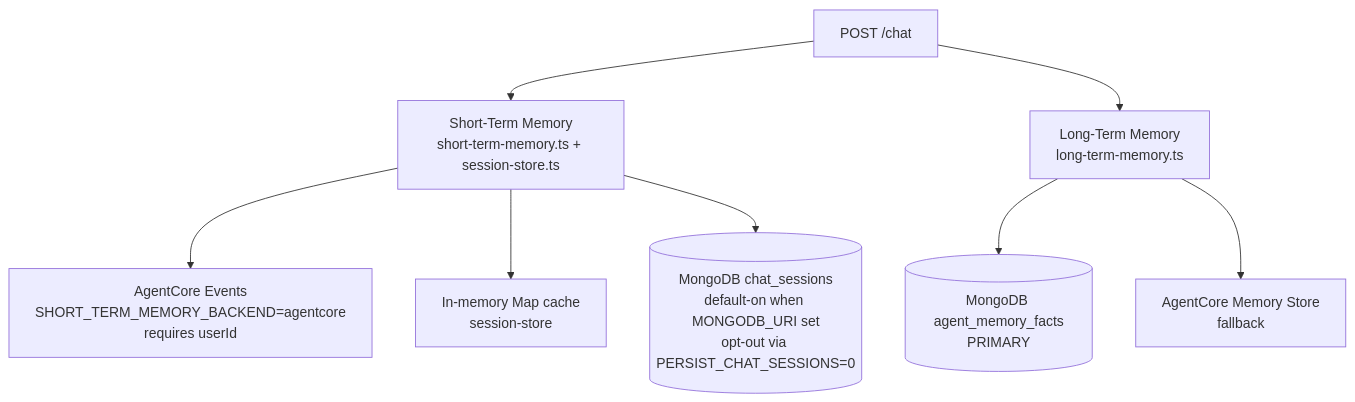
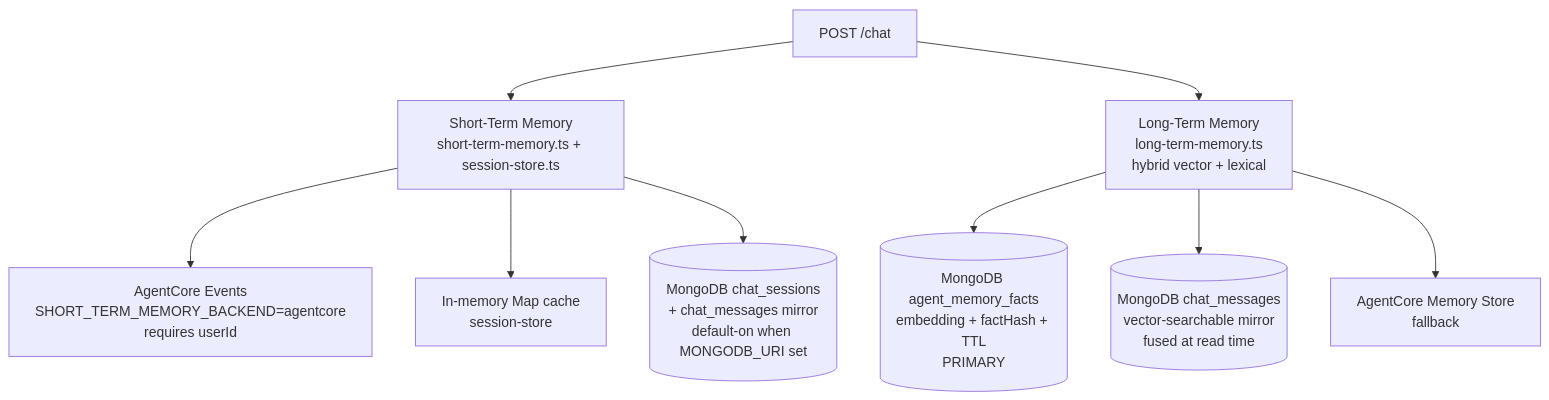
Before and after one commit to mongodb-partners/Multi-Agent-Architectural-Guidance-Bedrock-AgentCore: the diagram in docs/memory-architecture.md, drawn with Mermaid. The commit also changed other lines of this file and 102 other files, not shown here.

Commit message:
deploy-agent; long term memory using vector search; in chat, show citations for search results

````diff
--- a/docs/memory-architecture.md
+++ b/docs/memory-architecture.md
@@ -7,10 +7,11 @@
 ```mermaid
 flowchart TB
   REQ[POST /chat] --> ST[Short-Term Memory<br/>short-term-memory.ts + session-store.ts]
-  REQ --> LT[Long-Term Memory<br/>long-term-memory.ts]
+  REQ --> LT[Long-Term Memory<br/>long-term-memory.ts<br/>hybrid vector + lexical]
   ST --> STAC[AgentCore Events<br/>SHORT_TERM_MEMORY_BACKEND=agentcore<br/>requires userId]
   ST --> STM[In-memory Map cache<br/>session-store]
-  ST --> STMG[(MongoDB chat_sessions<br/>default-on when MONGODB_URI set<br/>opt-out via PERSIST_CHAT_SESSIONS=0)]
-  LT --> LTMG[(MongoDB agent_memory_facts<br/>PRIMARY)]
+  ST --> STMG[("MongoDB chat_sessions<br/>+ chat_messages mirror<br/>default-on when MONGODB_URI set")]
+  LT --> LTMG[("MongoDB agent_memory_facts<br/>embedding + factHash + TTL<br/>PRIMARY")]
+  LT --> LTCM[("MongoDB chat_messages<br/>vector-searchable mirror<br/>fused at read time")]
   LT --> LTAC[AgentCore Memory Store<br/>fallback]
 ```
````
